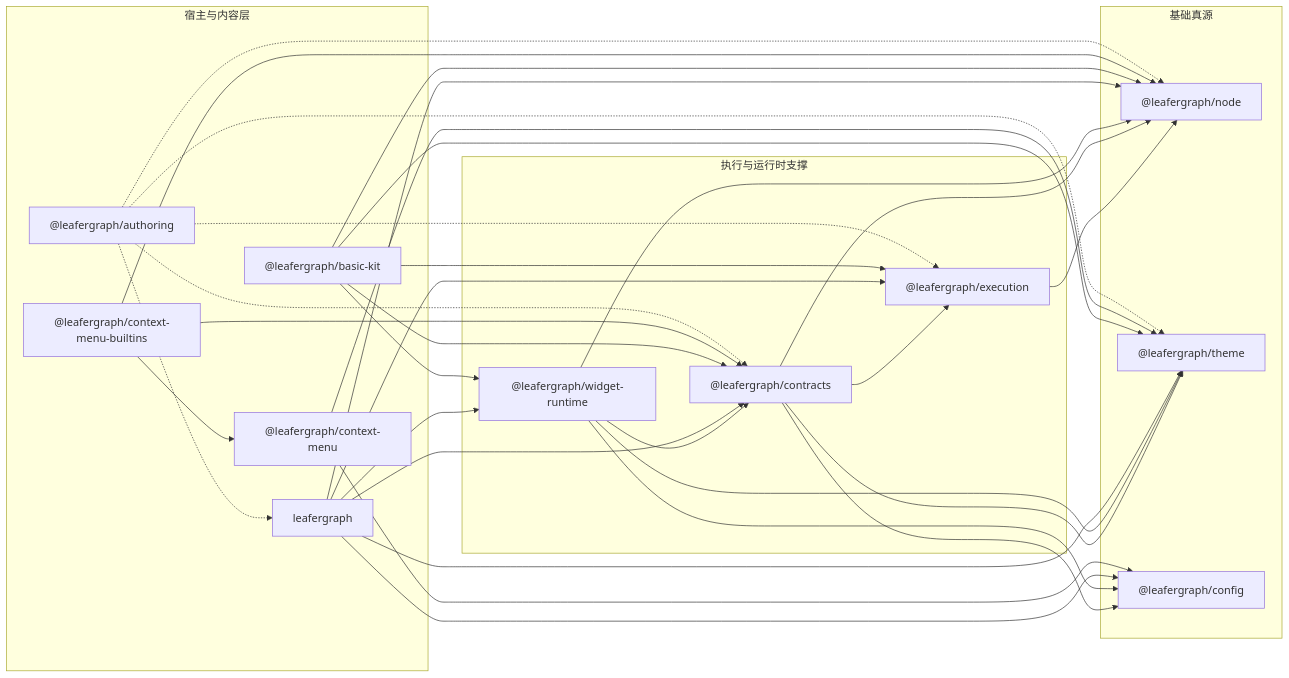
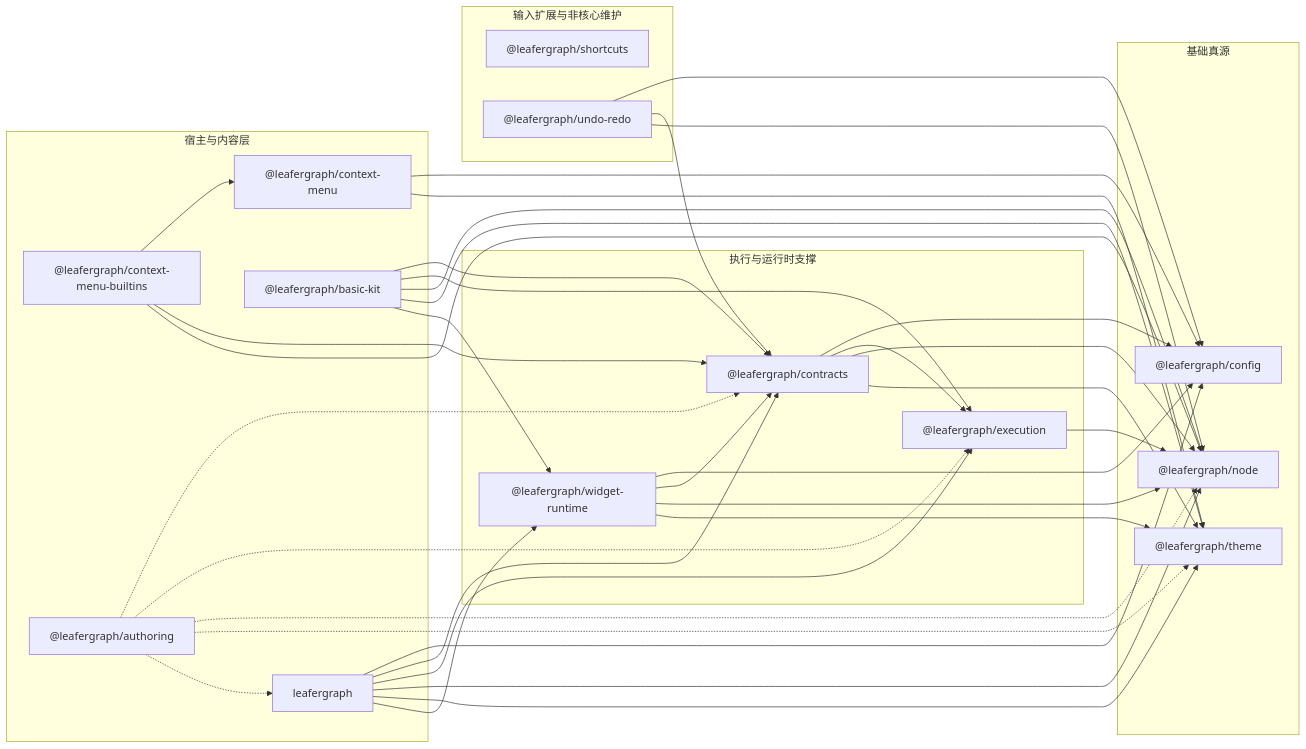
The diagram in README.md (izumkineno/leafergraph), drawn with Mermaid before and after one commit. The commit also changed other lines of this file and 6 other files, not shown here.

````diff
--- a/README.md
+++ b/README.md
@@ -44,60 +48,69 @@
 ```mermaid
 flowchart LR
     subgraph foundation["基础真源"]
         nodePkg["@leafergraph/node"]
         themePkg["@leafergraph/theme"]
         configPkg["@leafergraph/config"]
     end
 
     subgraph runtime["执行与运行时支撑"]
         execPkg["@leafergraph/execution"]
         contractsPkg["@leafergraph/contracts"]
         widgetRuntimePkg["@leafergraph/widget-runtime"]
     end
 
     subgraph host["宿主与内容层"]
         leafergraphPkg["leafergraph"]
         basicKitPkg["@leafergraph/basic-kit"]
         contextMenuPkg["@leafergraph/context-menu"]
         contextMenuBuiltinsPkg["@leafergraph/context-menu-builtins"]
         authoringPkg["@leafergraph/authoring"]
+    end
+
+    subgraph extensions["输入扩展与非核心维护"]
+        shortcutsPkg["@leafergraph/shortcuts"]
+        undoRedoPkg["@leafergraph/undo-redo"]
     end
 
     execPkg --> nodePkg
 
     contractsPkg --> configPkg
     contractsPkg --> execPkg
     contractsPkg --> nodePkg
     contractsPkg --> themePkg
 
     widgetRuntimePkg --> configPkg
     widgetRuntimePkg --> contractsPkg
     widgetRuntimePkg --> nodePkg
     widgetRuntimePkg --> themePkg
 
     leafergraphPkg --> configPkg
     leafergraphPkg --> contractsPkg
     leafergraphPkg --> execPkg
     leafergraphPkg --> nodePkg
     leafergraphPkg --> themePkg
     leafergraphPkg --> widgetRuntimePkg
 
     basicKitPkg --> contractsPkg
     basicKitPkg --> execPkg
     basicKitPkg --> nodePkg
     basicKitPkg --> themePkg
     basicKitPkg --> widgetRuntimePkg
 
     contextMenuPkg --> configPkg
     contextMenuPkg --> themePkg
 
     contextMenuBuiltinsPkg --> contextMenuPkg
     contextMenuBuiltinsPkg --> contractsPkg
     contextMenuBuiltinsPkg --> nodePkg
 
+    undoRedoPkg --> configPkg
+    undoRedoPkg --> contractsPkg
+    undoRedoPkg --> nodePkg
+
     authoringPkg -.-> contractsPkg
     authoringPkg -.-> execPkg
     authoringPkg -.-> nodePkg
     authoringPkg -.-> themePkg
     authoringPkg -.-> leafergraphPkg
 ```
````
